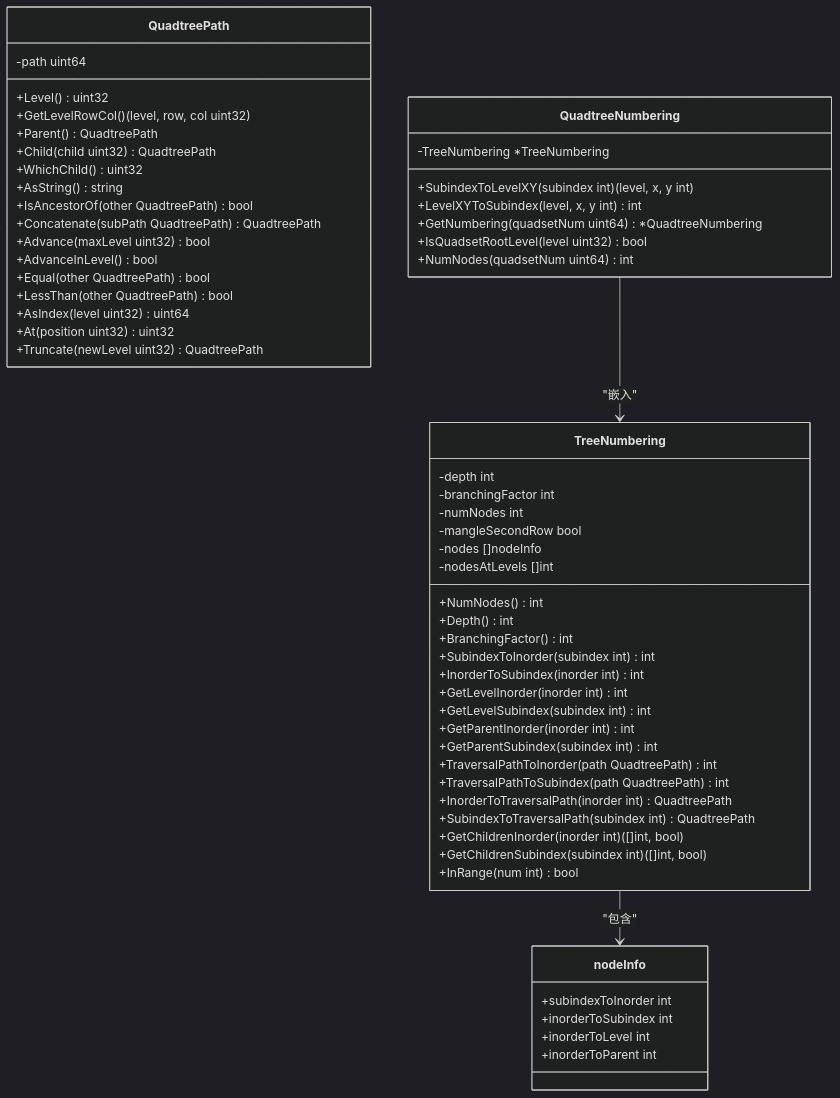
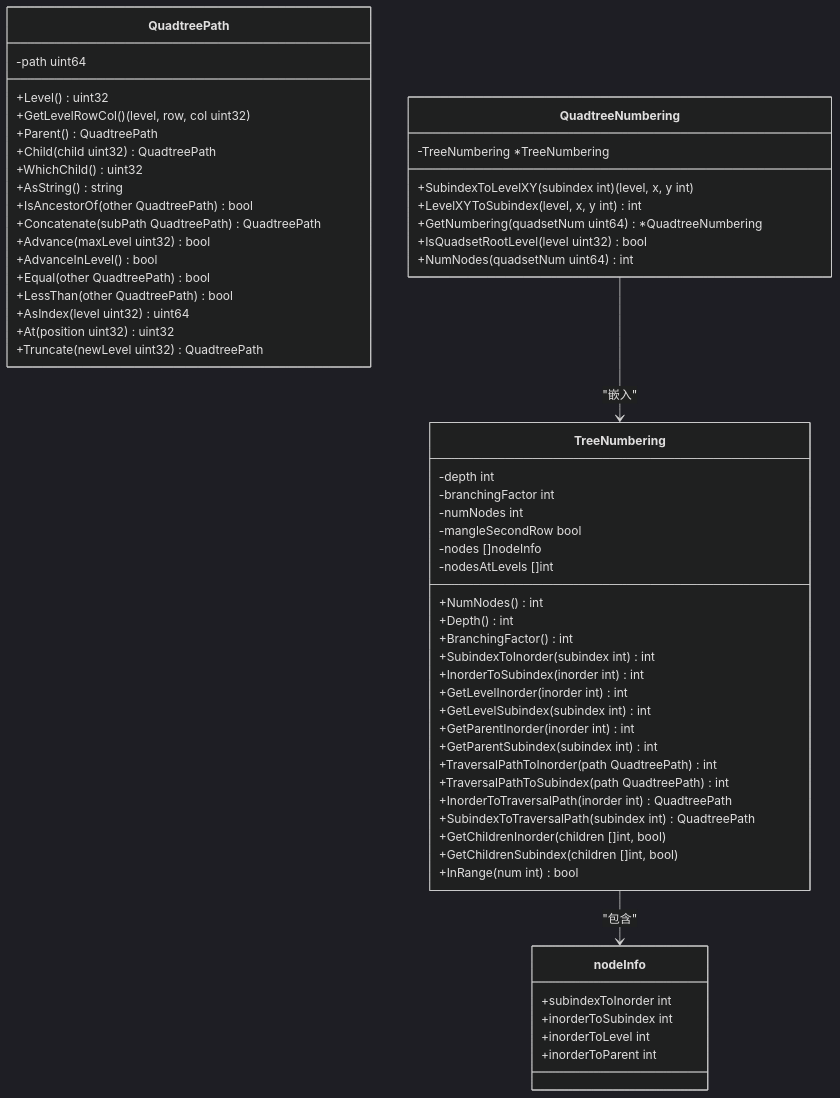
One commit to vistone/crawler-platform changed the third of 11 diagrams in .qoder/repowiki/zh/content/核心功能/Google Earth 地形处理.md. Above: the diagram before and after it, drawn with Mermaid (dark theme). The commit also changed other lines of this file and 40 other files, not shown here.

````diff
--- a/.qoder/repowiki/zh/content/核心功能/Google Earth 地形处理.md
+++ b/.qoder/repowiki/zh/content/核心功能/Google Earth 地形处理.md
@@ -148,61 +173,61 @@
 ```mermaid
 classDiagram
 class QuadtreePath {
 -path uint64
 +Level() uint32
 +GetLevelRowCol() (level, row, col uint32)
 +Parent() QuadtreePath
 +Child(child uint32) QuadtreePath
 +WhichChild() uint32
 +AsString() string
 +IsAncestorOf(other QuadtreePath) bool
 +Concatenate(subPath QuadtreePath) QuadtreePath
 +Advance(maxLevel uint32) bool
 +AdvanceInLevel() bool
 +Equal(other QuadtreePath) bool
 +LessThan(other QuadtreePath) bool
 +AsIndex(level uint32) uint64
 +At(position uint32) uint32
 +Truncate(newLevel uint32) QuadtreePath
 }
 class QuadtreeNumbering {
 -TreeNumbering *TreeNumbering
 +SubindexToLevelXY(subindex int) (level, x, y int)
 +LevelXYToSubindex(level, x, y int) int
 +GetNumbering(quadsetNum uint64) *QuadtreeNumbering
 +IsQuadsetRootLevel(level uint32) bool
 +NumNodes(quadsetNum uint64) int
 }
 class TreeNumbering {
 -depth int
 -branchingFactor int
 -numNodes int
 -mangleSecondRow bool
 -nodes []nodeInfo
 -nodesAtLevels []int
 +NumNodes() int
 +Depth() int
 +BranchingFactor() int
 +SubindexToInorder(subindex int) int
 +InorderToSubindex(inorder int) int
 +GetLevelInorder(inorder int) int
 +GetLevelSubindex(subindex int) int
 +GetParentInorder(inorder int) int
 +GetParentSubindex(subindex int) int
 +TraversalPathToInorder(path QuadtreePath) int
 +TraversalPathToSubindex(path QuadtreePath) int
 +InorderToTraversalPath(inorder int) QuadtreePath
 +SubindexToTraversalPath(subindex int) QuadtreePath
-+GetChildrenInorder(inorder int) ([]int, bool)
-+GetChildrenSubindex(subindex int) ([]int, bool)
++GetChildrenInorder(children []int, bool)
++GetChildrenSubindex(children []int, bool)
 +InRange(num int) bool
 }
 class nodeInfo {
 +subindexToInorder int
 +inorderToSubindex int
 +inorderToLevel int
 +inorderToParent int
 }
 QuadtreeNumbering --> TreeNumbering : "嵌入"
 TreeNumbering --> nodeInfo : "包含"
 ```
````
